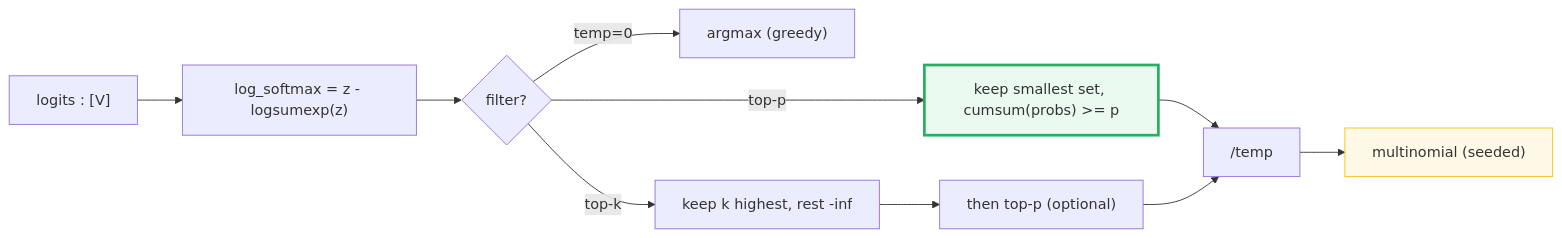
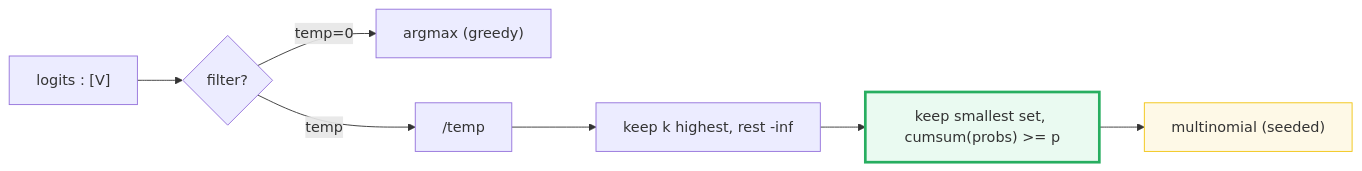
Before and after one commit to quanhua92/tutorials: the ninth of 9 diagrams in llm/SAMPLING.md, drawn with Mermaid. The commit also changed other lines of this file and 6 other files, not shown here.

````diff
--- a/llm/SAMPLING.md
+++ b/llm/SAMPLING.md
@@ -508,14 +507,11 @@
 ```mermaid
 graph LR
-    Z["logits : [V]"] --> LS["log_softmax = z - logsumexp(z)"]
-    LS --> F{"filter?"}
+    Z["logits : [V]"] --> F{"filter?"}
     F -->|temp=0| GR["argmax (greedy)"]
-    F -->|top-k| TK["keep k highest, rest -inf"]
-    F -->|top-p| TP["keep smallest set, cumsum(probs) >= p"]
-    TK --> TP2["then top-p (optional)"]
-    TP --> TM["/temp"]
-    TP2 --> TM
-    TM --> DR["multinomial (seeded)"]
+    F -->|temp| TM["/temp"]
+    TM --> TK["keep k highest, rest -inf"]
+    TK --> TP["keep smallest set, cumsum(probs) >= p"]
+    TP --> DR["multinomial (seeded)"]
     style TP fill:#eafaf1,stroke:#27ae60,stroke-width:3px
     style DR fill:#fef9e7,stroke:#f1c40f
 ```
````
